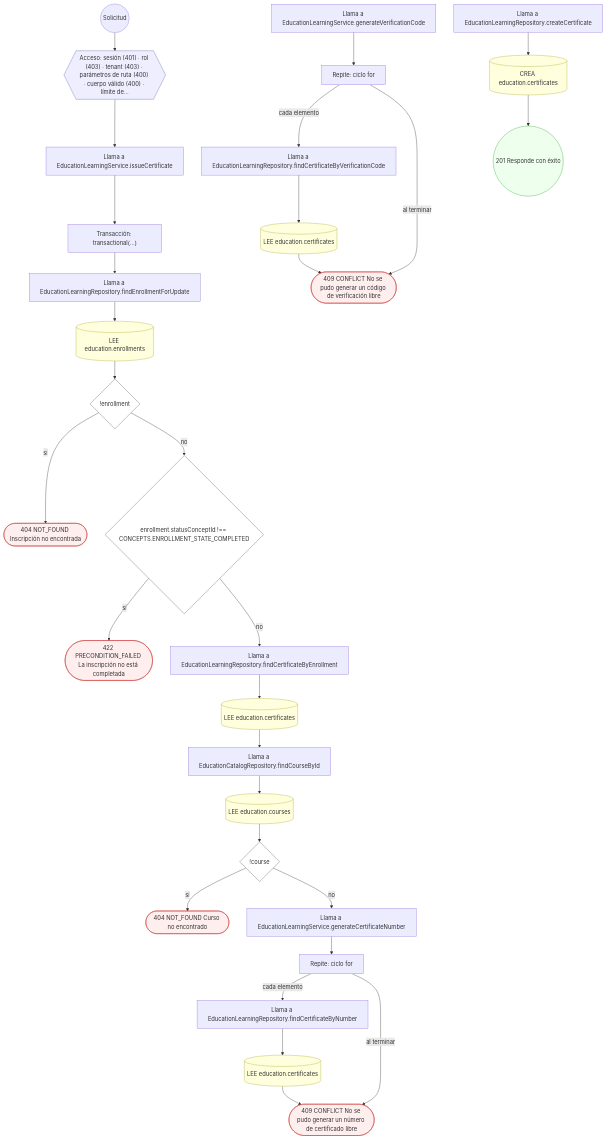
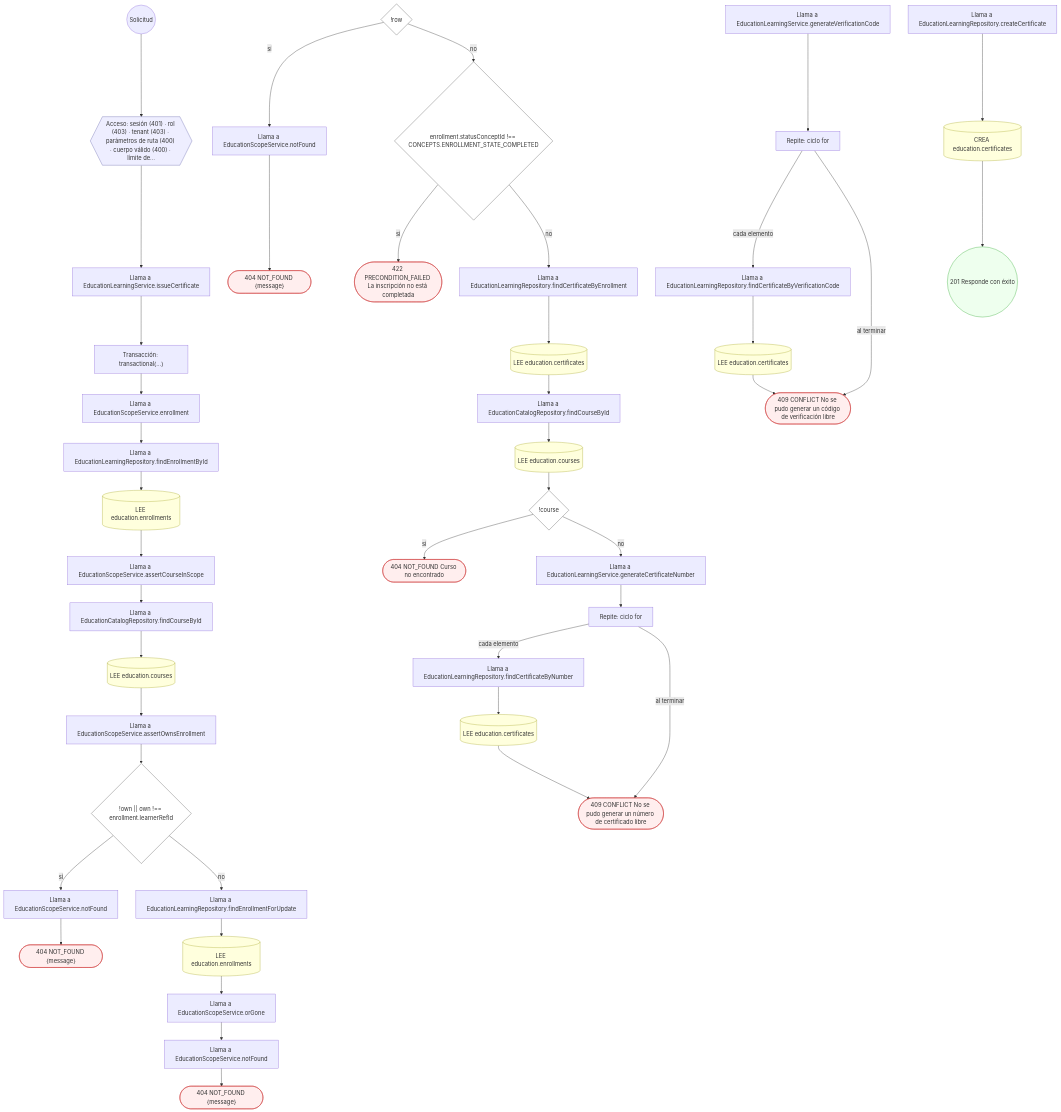
One commit to mdavila-2001/mantra-core-health-api changed diagram 13 of 15 in docs/inventario/flujos/education.md. Above: the diagram before and after it, drawn with Mermaid. The commit also changed other lines of this file and 438 other files, not shown here.

```diff
--- a/docs/inventario/flujos/education.md
+++ b/docs/inventario/flujos/education.md
@@ -975,56 +1130,83 @@
   n2 --> n3
   n4["Transacción: transactional(…)"]:::transaccion
   n3 --> n4
-  n5["Llama a EducationLearningRepository.findEnrollmentForUpdate"]:::llamada
+  n5["Llama a EducationScopeService.enrollment"]:::llamada
   n4 --> n5
-  n6[("LEE education.enrollments")]:::efecto
+  n6["Llama a EducationLearningRepository.findEnrollmentById"]:::llamada
   n5 --> n6
-  n7{"!enrollment"}:::decision
+  n7[("LEE education.enrollments")]:::efecto
   n6 --> n7
-  n8(["404 NOT_FOUND Inscripción no encontrada"]):::error
-  n7 -->|"sí"| n8
-  n9{"enrollment.statusConceptId !== CONCEPTS.ENROLLMENT_STATE_COMPLETED"}:::decision
-  n7 -->|"no"| n9
-  n10(["422 PRECONDITION_FAILED La inscripción no está completada"]):::error
-  n9 -->|"sí"| n10
-  n11["Llama a EducationLearningRepository.findCertificateByEnrollment"]:::llamada
-  n9 -->|"no"| n11
-  n12[("LEE education.certificates")]:::efecto
+  n8["Llama a EducationScopeService.assertCourseInScope"]:::llamada
+  n7 --> n8
+  n9["Llama a EducationCatalogRepository.findCourseById"]:::llamada
+  n8 --> n9
+  n10[("LEE education.courses")]:::efecto
+  n9 --> n10
+  n11["Llama a EducationScopeService.assertOwnsEnrollment"]:::llamada
+  n10 --> n11
+  n12{"!own || own !== enrollment.learnerRefId"}:::decision
   n11 --> n12
-  n13["Llama a EducationCatalogRepository.findCourseById"]:::llamada
-  n12 --> n13
-  n14[("LEE education.courses")]:::efecto
+  n13["Llama a EducationScopeService.notFound"]:::llamada
+  n12 -->|"sí"| n13
+  n14(["404 NOT_FOUND {message}"]):::error
   n13 --> n14
-  n15{"!course"}:::decision
-  n14 --> n15
-  n16(["404 NOT_FOUND Curso no encontrado"]):::error
-  n15 -->|"sí"| n16
-  n17["Llama a EducationLearningService.generateCertificateNumber"]:::llamada
-  n15 -->|"no"| n17
-  n18["Repite: ciclo for"]:::bucle
+  n15["Llama a EducationLearningRepository.findEnrollmentForUpdate"]:::llamada
+  n12 -->|"no"| n15
+  n16[("LEE education.enrollments")]:::efecto
+  n15 --> n16
+  n17["Llama a EducationScopeService.orGone"]:::llamada
+  n16 --> n17
+  n18["Llama a EducationScopeService.notFound"]:::llamada
   n17 --> n18
-  n19["Llama a EducationLearningRepository.findCertificateByNumber"]:::llamada
-  n18 -->|"cada elemento"| n19
-  n20[("LEE education.certificates")]:::efecto
-  n19 --> n20
-  n21(["409 CONFLICT No se pudo generar un número de certificado libre"]):::error
-  n20 --> n21
-  n18 -->|"al terminar"| n21
-  n22["Llama a EducationLearningService.generateVerificationCode"]:::llamada
-  n23["Repite: ciclo for"]:::bucle
-  n22 --> n23
-  n24["Llama a EducationLearningRepository.findCertificateByVerificationCode"]:::llamada
-  n23 -->|"cada elemento"| n24
-  n25[("LEE education.certificates")]:::efecto
-  n24 --> n25
-  n26(["409 CONFLICT No se pudo generar un código de verificación libre"]):::error
+  n19(["404 NOT_FOUND {message}"]):::error
+  n18 --> n19
+  n20{"!row"}:::decision
+  n21["Llama a EducationScopeService.notFound"]:::llamada
+  n20 -->|"sí"| n21
+  n22(["404 NOT_FOUND {message}"]):::error
+  n21 --> n22
+  n23{"enrollment.statusConceptId !== CONCEPTS.ENROLLMENT_STATE_COMPLETED"}:::decision
+  n20 -->|"no"| n23
+  n24(["422 PRECONDITION_FAILED La inscripción no está completada"]):::error
+  n23 -->|"sí"| n24
+  n25["Llama a EducationLearningRepository.findCertificateByEnrollment"]:::llamada
+  n23 -->|"no"| n25
+  n26[("LEE education.certificates")]:::efecto
   n25 --> n26
-  n23 -->|"al terminar"| n26
-  n27["Llama a EducationLearningRepository.createCertificate"]:::llamada
-  n28[("CREA education.certificates")]:::efecto
+  n27["Llama a EducationCatalogRepository.findCourseById"]:::llamada
+  n26 --> n27
+  n28[("LEE education.courses")]:::efecto
   n27 --> n28
-  n29(("201 Responde con éxito")):::ok
+  n29{"!course"}:::decision
   n28 --> n29
+  n30(["404 NOT_FOUND Curso no encontrado"]):::error
+  n29 -->|"sí"| n30
+  n31["Llama a EducationLearningService.generateCertificateNumber"]:::llamada
+  n29 -->|"no"| n31
+  n32["Repite: ciclo for"]:::bucle
+  n31 --> n32
+  n33["Llama a EducationLearningRepository.findCertificateByNumber"]:::llamada
+  n32 -->|"cada elemento"| n33
+  n34[("LEE education.certificates")]:::efecto
+  n33 --> n34
+  n35(["409 CONFLICT No se pudo generar un número de certificado libre"]):::error
+  n34 --> n35
+  n32 -->|"al terminar"| n35
+  n36["Llama a EducationLearningService.generateVerificationCode"]:::llamada
+  n37["Repite: ciclo for"]:::bucle
+  n36 --> n37
+  n38["Llama a EducationLearningRepository.findCertificateByVerificationCode"]:::llamada
+  n37 -->|"cada elemento"| n38
+  n39[("LEE education.certificates")]:::efecto
+  n38 --> n39
+  n40(["409 CONFLICT No se pudo generar un código de verificación libre"]):::error
+  n39 --> n40
+  n37 -->|"al terminar"| n40
+  n41["Llama a EducationLearningRepository.createCertificate"]:::llamada
+  n42[("CREA education.certificates")]:::efecto
+  n41 --> n42
+  n43(("201 Responde con éxito")):::ok
+  n42 --> n43
   classDef acceso fill:#eef,stroke:#66a
   classDef error fill:#fee,stroke:#c33
   classDef ok fill:#efe,stroke:#3a3
```
